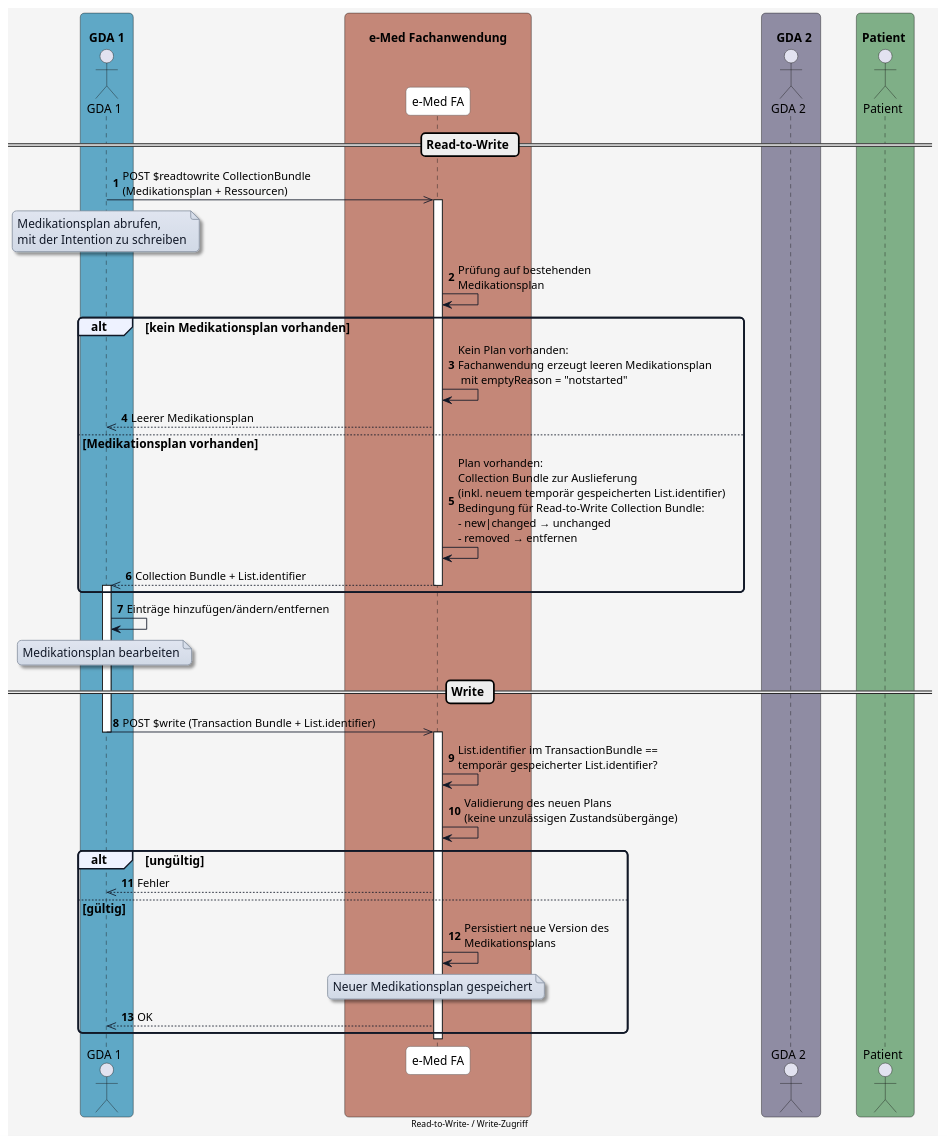
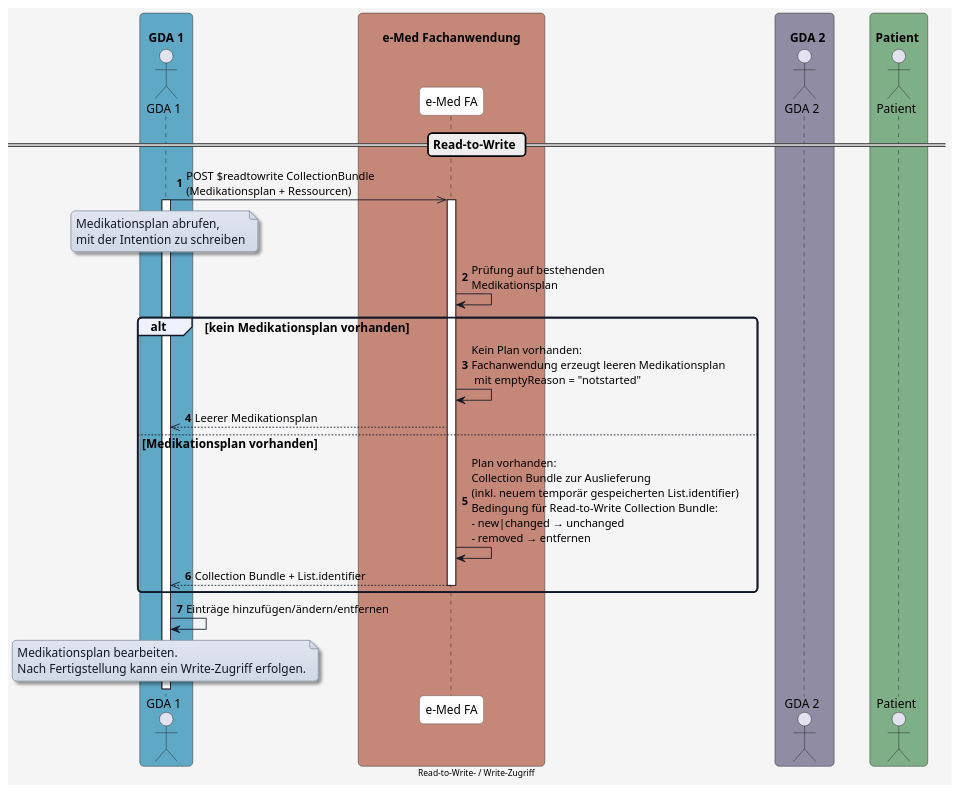
Before and after one commit to HL7Austria/ELGA-e-Medikation-R4: the diagram in input/images-source/diagram_readtowrite.plantuml, drawn with PlantUML.

Commit message:
Remove Write

```diff
--- a/input/images-source/diagram_readtowrite.plantuml
+++ b/input/images-source/diagram_readtowrite.plantuml
@@ -1,120 +1,94 @@
 @startuml
 skinparam borderColor #000000
 skinparam backgroundColor #f5f5f5
 skinparam shadowing false
 skinparam roundCorner 10
 skinparam defaultFontName "Arial"
 skinparam defaultFontSize 14
 skinparam defaultFontColor #000000
 
 skinparam note {
   BackgroundColor #e0e5f0-#d1d9e6
   BorderColor #8b95a5
   BorderThickness 1
   RoundCorner 8
   Padding 6
   FontColor #111827
   Shadowing true
 }
 
 skinparam HyperlinkColor #0000EE
 skinparam HyperlinkUnderline false
 
 skinparam sequence {
   ParticipantBorderColor #555555
   ParticipantBackgroundColor #ffffff
   ParticipantFontColor #000000
   ParticipantFontSize 14
   ParticipantPadding 20
   ArrowColor #111827
   ArrowThickness 1
   ArrowFontColor #000000
   ArrowFontSize 13
   GroupBorderColor #111827
   GroupBackgroundColor #eef2ff
   GroupBorderThickness 2
 }
 
 skinparam BoxPadding 20
 skinparam BoxBorderColor #555555
 
 box "\n  GDA 1  " #5FA8C6
   actor GDA_1 as "GDA 1"
 end box
 
 box "\n       e-Med Fachanwendung       " #C48778
   participant eMed_FA as "e-Med FA"
 end box
 
 box "\n    GDA 2  " #8F8CA3
   actor GDA_2 as "GDA 2"
 end box
 
 box "\n Patient  " #7FAF87
   actor Patient as "Patient"
 end box
 
 
 autonumber
 
  
 == Read-to-Write ==
 
 GDA_1 ->> eMed_FA: POST $readtowrite CollectionBundle\n(Medikationsplan + Ressourcen)
+activate GDA_1
 
 note over GDA_1
 Medikationsplan abrufen, 
 mit der Intention zu schreiben
 end note
 
 activate eMed_FA
 eMed_FA -> eMed_FA: Prüfung auf bestehenden\nMedikationsplan
 
 alt kein Medikationsplan vorhanden
   eMed_FA -> eMed_FA: Kein Plan vorhanden:\nFachanwendung erzeugt leeren Medikationsplan\n mit emptyReason = "notstarted"
   eMed_FA -->> GDA_1: Leerer Medikationsplan
 
 else Medikationsplan vorhanden
   eMed_FA -> eMed_FA: Plan vorhanden:\nCollection Bundle zur Auslieferung\n(inkl. neuem temporär gespeicherten List.identifier)\nBedingung für Read-to-Write Collection Bundle:\n- new|changed → unchanged\n- removed → entfernen
   eMed_FA -->> GDA_1: Collection Bundle + List.identifier
   deactivate eMed_FA
-  activate GDA_1
 end
 
 GDA_1 -> GDA_1: Einträge hinzufügen/ändern/entfernen
 
 note over GDA_1
-Medikationsplan bearbeiten
+Medikationsplan bearbeiten.
+Nach Fertigstellung kann ein Write-Zugriff erfolgen.
 end note
-
-== Write ==
-
-GDA_1 ->> eMed_FA: POST $write (Transaction Bundle + List.identifier)
-
-deactivate GDA_1
-
-activate eMed_FA
-eMed_FA -> eMed_FA: List.identifier im TransactionBundle ==\ntemporär gespeicherter List.identifier?
-eMed_FA -> eMed_FA: Validierung des neuen Plans\n(keine unzulässigen Zustandsübergänge)
-
-alt ungültig 
-  eMed_FA -->> GDA_1: Fehler 
-  
-else gültig 
-  eMed_FA -> eMed_FA: Persistiert neue Version des\nMedikationsplans
-
-  note over eMed_FA
-  Neuer Medikationsplan gespeichert
-  end note
-
-  eMed_FA -->> GDA_1: OK
-end
-
-
-deactivate eMed_FA
-
 
 center footer Read-to-Write- / Write-Zugriff
 
 
 @enduml
```
